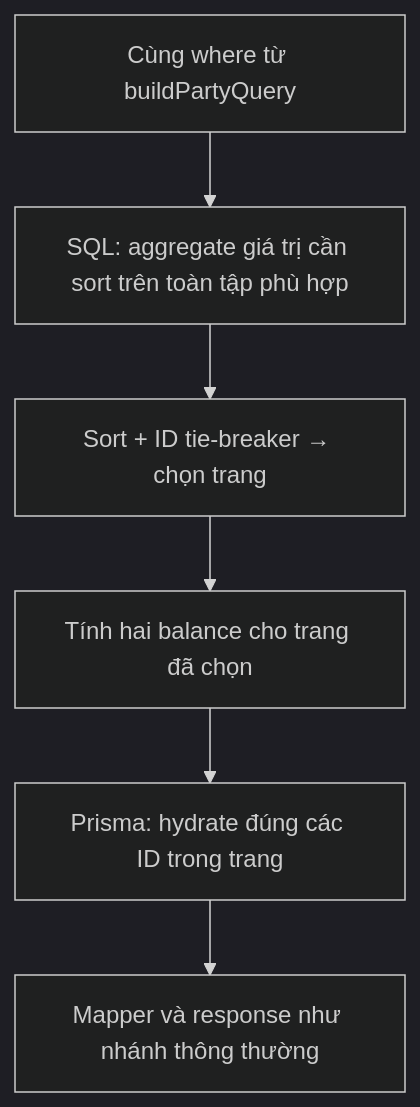
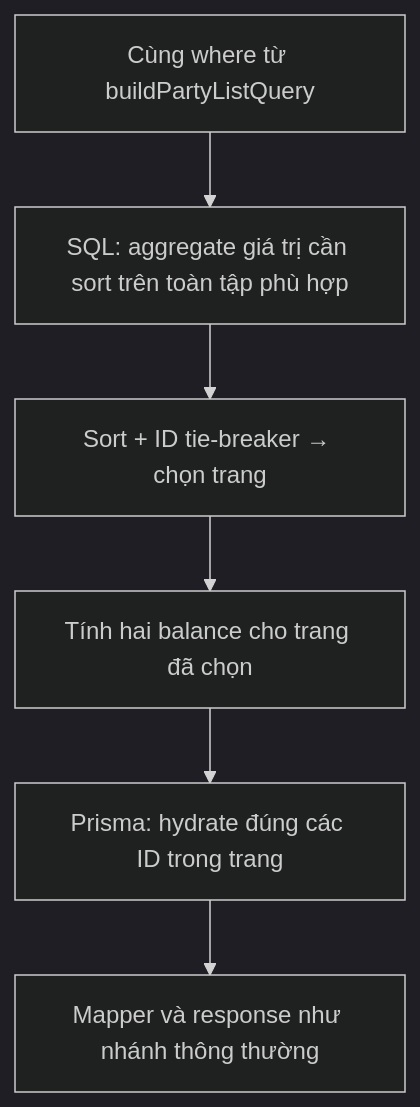
Before and after one commit to PhuongT1/debtflow-api: the third of 4 diagrams in docs/getting-started/architecture/party-architecture.md, drawn with Mermaid (dark theme). The commit also changed other lines of this file and 33 other files, not shown here.

````diff
--- a/docs/getting-started/architecture/party-architecture.md
+++ b/docs/getting-started/architecture/party-architecture.md
@@ -159,8 +165,8 @@
 ```mermaid
 flowchart TD
-  A["Cùng where từ buildPartyQuery"] --> B["SQL: aggregate giá trị cần sort trên toàn tập phù hợp"]
+  A["Cùng where từ buildPartyListQuery"] --> B["SQL: aggregate giá trị cần sort trên toàn tập phù hợp"]
   B --> C["Sort + ID tie-breaker → chọn trang"]
   C --> D["Tính hai balance cho trang đã chọn"]
   D --> E["Prisma: hydrate đúng các ID trong trang"]
   E --> F["Mapper và response như nhánh thông thường"]
 ```
````
